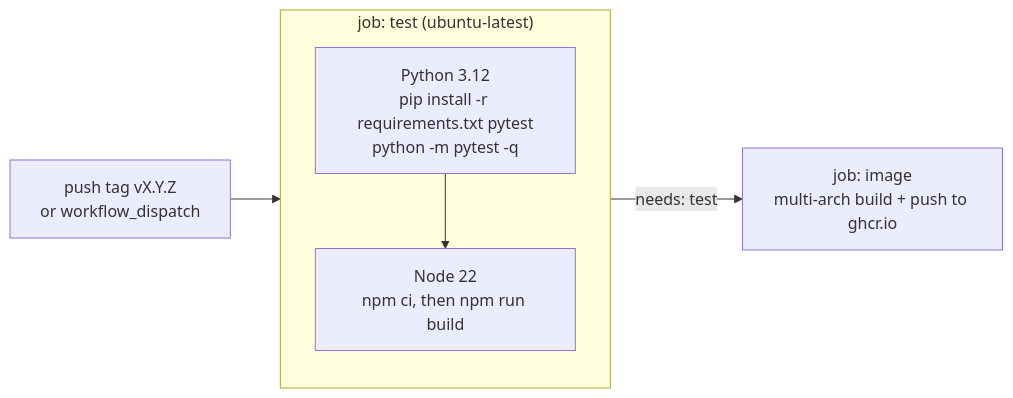
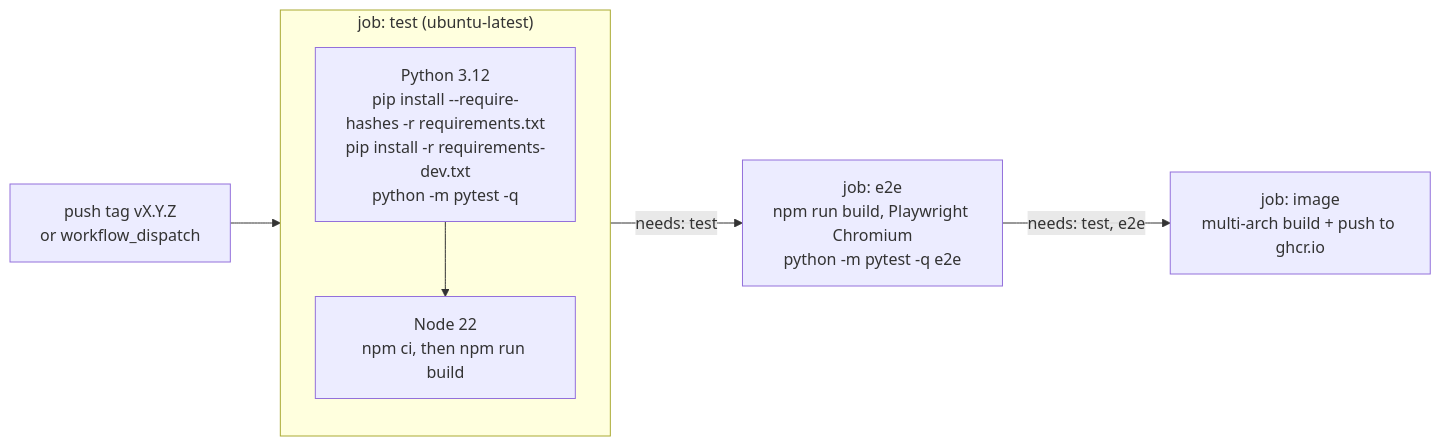
The diagram in docs/wiki/10-testing.md (GauffrePierre/cinesync), drawn with Mermaid before and after one commit. The commit also changed other lines of this file and 74 other files, not shown here.

````diff
--- a/docs/wiki/10-testing.md
+++ b/docs/wiki/10-testing.md
@@ -101,8 +119,9 @@
 ```mermaid
 flowchart LR
   T["push tag vX.Y.Z<br/>or workflow_dispatch"] --> J1
   subgraph J1["job: test (ubuntu-latest)"]
-    A["Python 3.12<br/>pip install -r requirements.txt pytest<br/>python -m pytest -q"] --> B["Node 22<br/>npm ci, then npm run build"]
+    A["Python 3.12<br/>pip install --require-hashes -r requirements.txt<br/>pip install -r requirements-dev.txt<br/>python -m pytest -q"] --> B["Node 22<br/>npm ci, then npm run build"]
   end
-  J1 -->|needs: test| J2["job: image<br/>multi-arch build + push to ghcr.io"]
+  J1 -->|needs: test| J3["job: e2e<br/>npm run build, Playwright Chromium<br/>python -m pytest -q e2e"]
+  J3 -->|needs: test, e2e| J2["job: image<br/>multi-arch build + push to ghcr.io"]
 ```
````
